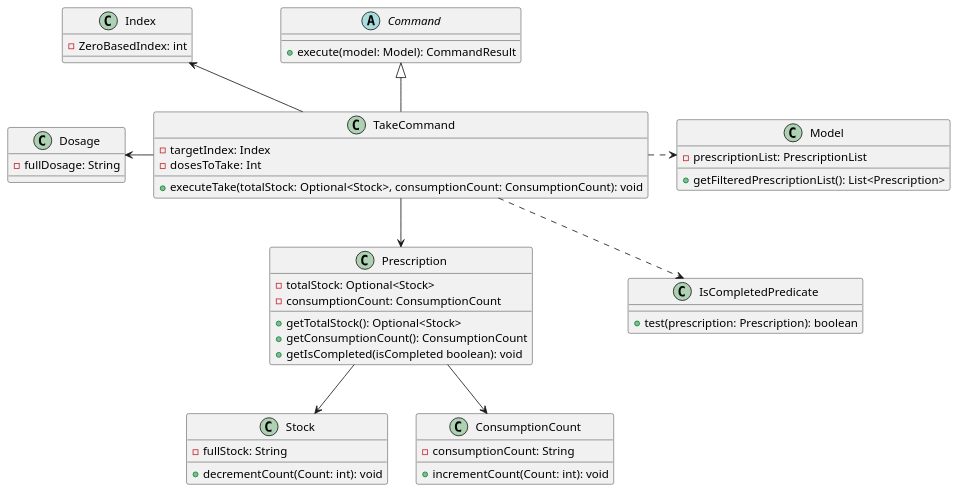
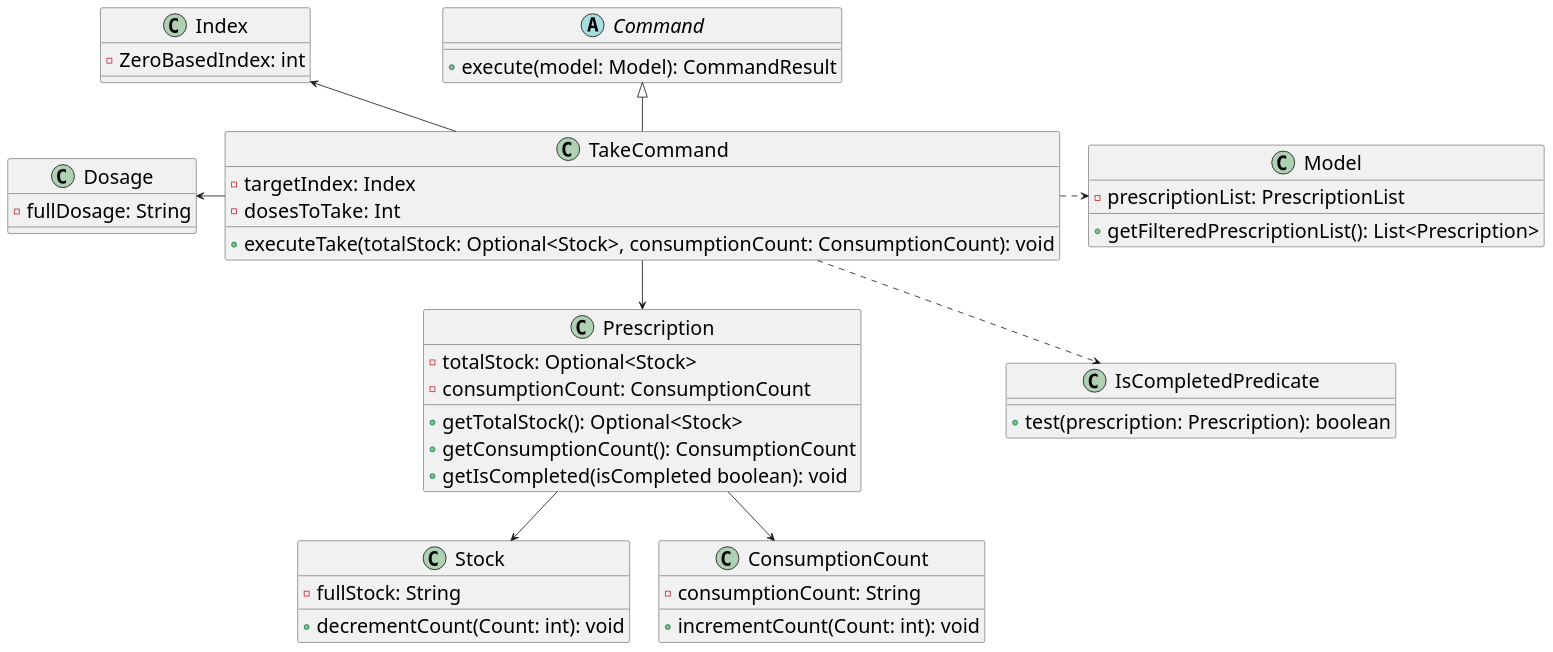
The diagram in docs/diagrams/TakeCommandClassDiagram.puml (shyanyong/tp), drawn with PlantUML before and after one commit. The commit also changed 6 other files, not shown here.

Commit message:
Resize all diagrams to match text as closely as possible

```diff
--- a/docs/diagrams/TakeCommandClassDiagram.puml
+++ b/docs/diagrams/TakeCommandClassDiagram.puml
@@ -1,59 +1,60 @@
 @startuml TakeCommandClassDiagram
+skinparam DefaultFontSize 24
 
 class TakeCommand {
   - targetIndex: Index
   - dosesToTake: Int
   + executeTake(totalStock: Optional<Stock>, consumptionCount: ConsumptionCount): void
 }
 
 abstract class Command {
   + execute(model: Model): CommandResult
 }
 
 class Index {
   - ZeroBasedIndex: int
 }
 
 class Dosage {
   - fullDosage: String
 }
 
 class Model {
   - prescriptionList: PrescriptionList
   + getFilteredPrescriptionList(): List<Prescription>
 }
 
 class IsCompletedPredicate {
   + test(prescription: Prescription): boolean
 }
 
 class Prescription {
   - totalStock: Optional<Stock>
   - consumptionCount: ConsumptionCount
   + getTotalStock(): Optional<Stock>
   + getConsumptionCount(): ConsumptionCount
   + getIsCompleted(isCompleted boolean): void
 }
 
 class Stock {
   - fullStock: String
   + decrementCount(Count: int): void
 }
 
 class ConsumptionCount {
   - consumptionCount: String
   + incrementCount(Count: int): void
 }
 
 Command <|-down- TakeCommand
 Index <-down- TakeCommand
 Dosage <-right- TakeCommand
 Index <-[hidden]- Dosage
 Model <.left. TakeCommand
 IsCompletedPredicate <.left. TakeCommand
 Model <-[hidden]- IsCompletedPredicate
 Prescription <-up- TakeCommand
 Stock <-up- Prescription
 ConsumptionCount <-up- Prescription
 
 @enduml
```
